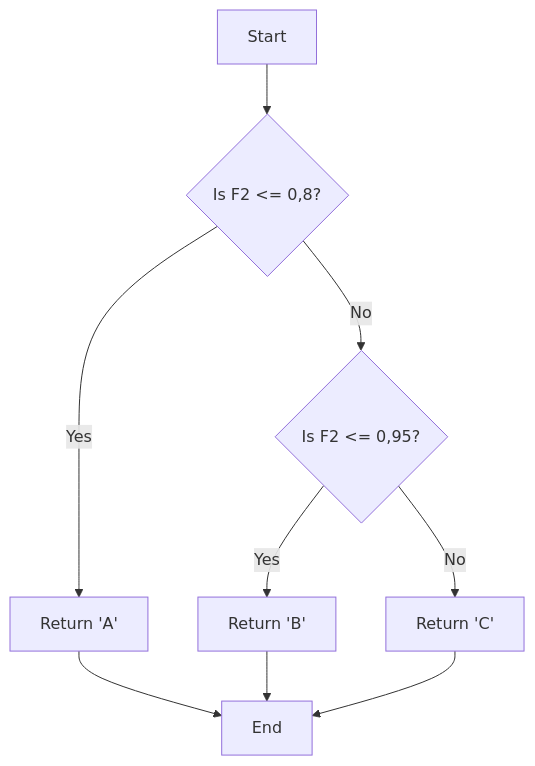
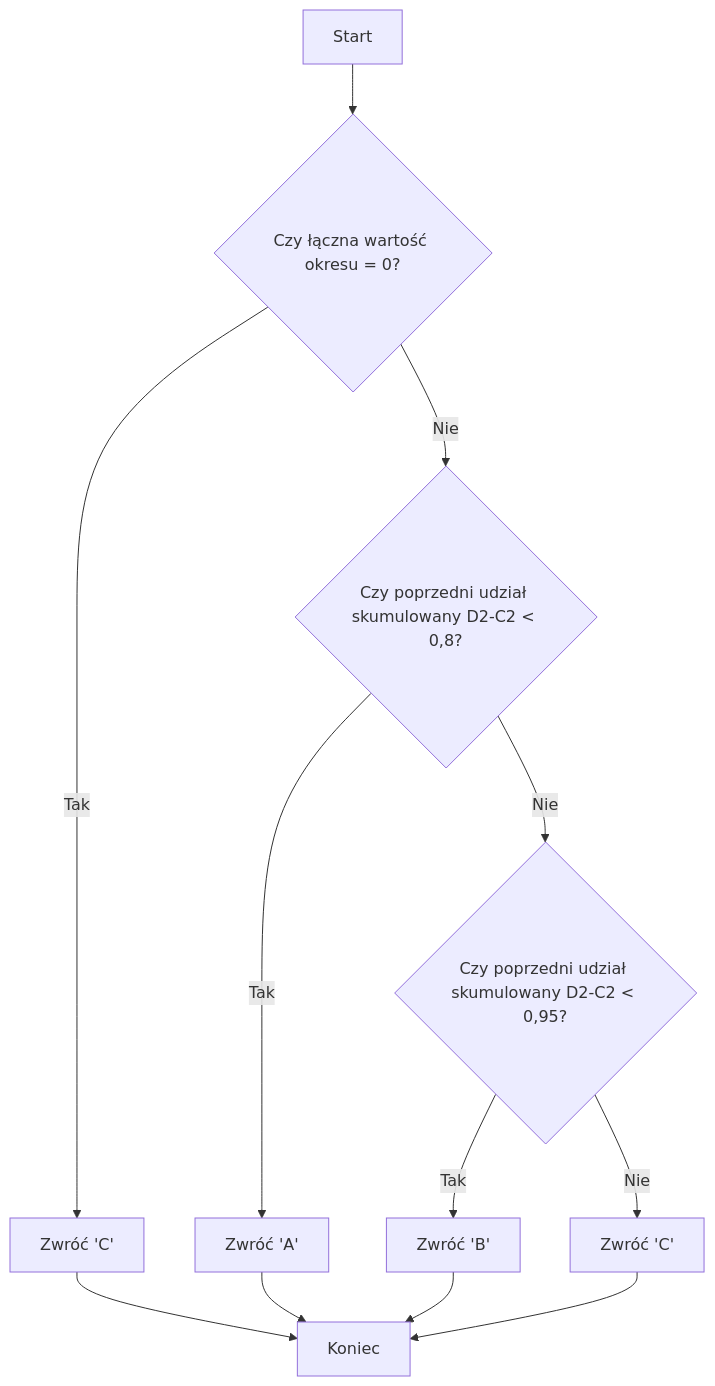
The first of 2 diagrams in ABC_XYZ_Analysis_PL.md (zbigniew-galar/univ), drawn with Mermaid before and after one commit. The commit also changed other lines of this file, not shown here.

````diff
--- a/ABC_XYZ_Analysis_PL.md
+++ b/ABC_XYZ_Analysis_PL.md
@@ -19,11 +25,14 @@
 ``` mermaid
 flowchart TD
-    A[Start] --> B{Is F2 <= 0,8?}
-    B -- Yes --> CatA["Return 'A'"]
-    B -- No --> C{Is F2 <= 0,95?}
-    C -- Yes --> CatB["Return 'B'"]
-    C -- No --> CatC["Return 'C'"]
-    CatA --> End[End]
+    A[Start] --> T{"Czy łączna wartość okresu = 0?"}
+    T -- Tak --> C0["Zwróć 'C'"]
+    T -- Nie --> B{"Czy poprzedni udział skumulowany D2-C2 < 0,8?"}
+    B -- Tak --> CatA["Zwróć 'A'"]
+    B -- Nie --> C{"Czy poprzedni udział skumulowany D2-C2 < 0,95?"}
+    C -- Tak --> CatB["Zwróć 'B'"]
+    C -- Nie --> CatC["Zwróć 'C'"]
+    C0 --> End[Koniec]
+    CatA --> End
     CatB --> End
     CatC --> End
 ```
````
